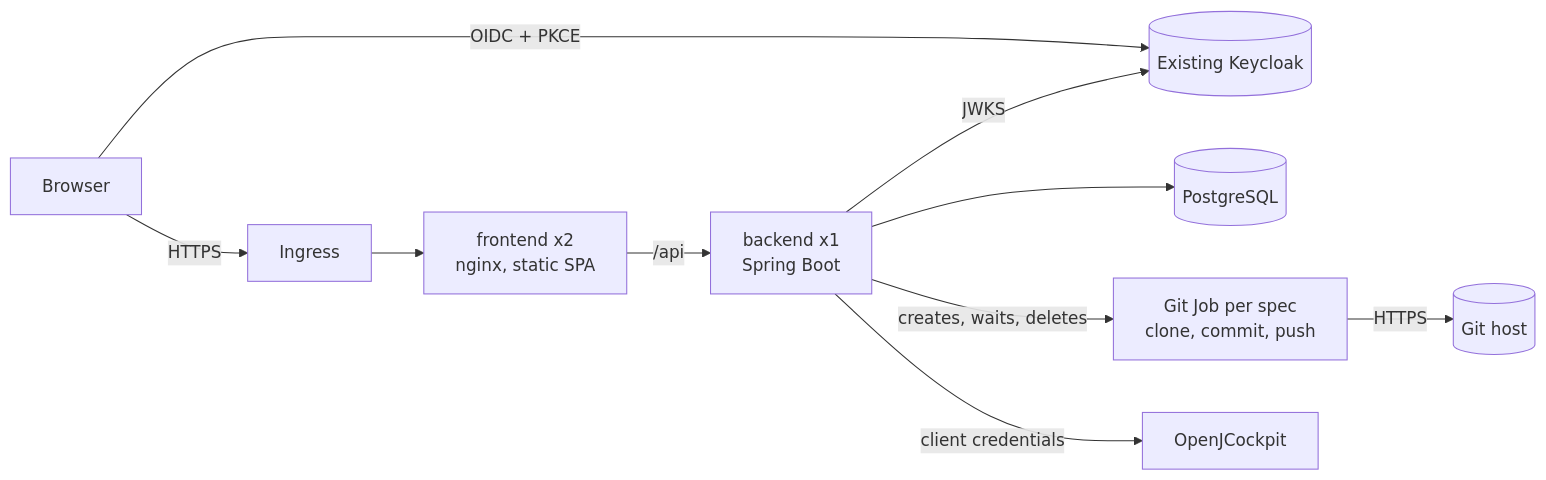
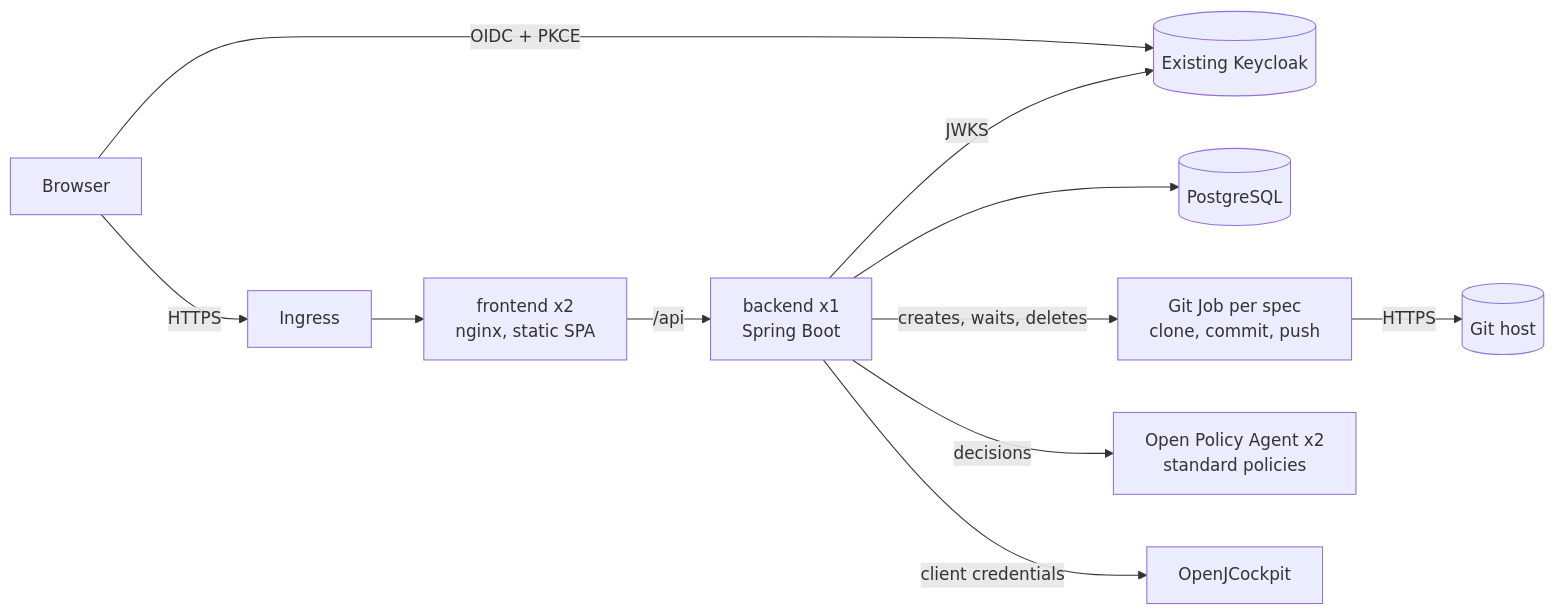
One commit to OpenJCockpit/OpenJControlTower changed the diagram in docs/KUBERNETES.md. Above: the diagram before and after it, drawn with Mermaid. The commit also changed other lines of this file and 75 other files, not shown here.

Commit message:
feat: Add OpenPolicyAgent integration and Keycloak settings page.

````diff
--- a/docs/KUBERNETES.md
+++ b/docs/KUBERNETES.md
@@ -7,12 +7,13 @@
 ```mermaid
 flowchart LR
   U[Browser] -->|HTTPS| I[Ingress]
   U -->|OIDC + PKCE| K[(Existing Keycloak)]
   I --> F[frontend x2<br/>nginx, static SPA]
   F -->|/api| B[backend x1<br/>Spring Boot]
   B --> P[(PostgreSQL)]
   B -->|creates, waits, deletes| J[Git Job per spec<br/>clone, commit, push]
   J -->|HTTPS| G[(Git host)]
   B -->|JWKS| K
+  B -->|decisions| O[Open Policy Agent x2<br/>standard policies]
   B -->|client credentials| C[OpenJCockpit]
 ```
````
